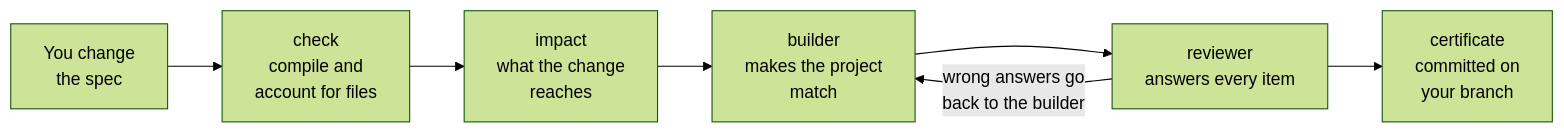
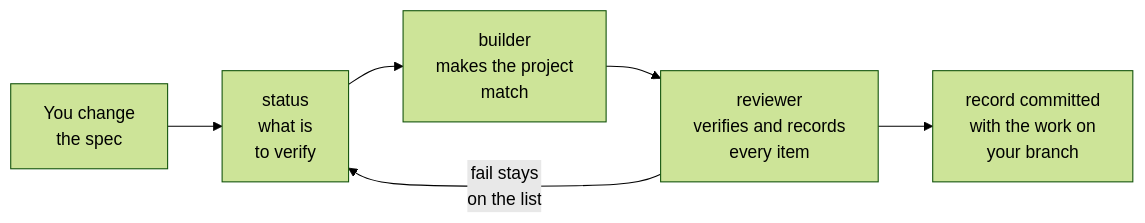
One commit to Glacius-Labs/Markitect changed the diagram in README.md. Above: the diagram before and after it, drawn with Mermaid (forest theme). The commit also changed other lines of this file and 40 other files, not shown here.

First line of the commit message:
feat: mark records a verdict; docs describe the record (DEC-099)

````diff
--- a/README.md
+++ b/README.md
@@ -52,9 +52,8 @@
 ```mermaid
 flowchart LR
-    Spec["You change<br/>the spec"] --> Check["check<br/>compile and<br/>account for files"]
-    Check --> Impact["impact<br/>what the change<br/>reaches"]
-    Impact --> Build["builder<br/>makes the project<br/>match"]
-    Build --> Review["reviewer<br/>answers every item"]
-    Review -->|"wrong answers go<br/>back to the builder"| Build
-    Review --> Land["certificate<br/>committed on<br/>your branch"]
+    Spec["You change<br/>the spec"] --> Status["status<br/>what is<br/>to verify"]
+    Status --> Build["builder<br/>makes the project<br/>match"]
+    Build --> Review["reviewer<br/>verifies and records<br/>every item"]
+    Review -->|"fail stays<br/>on the list"| Status
+    Review --> Land["record committed<br/>with the work on<br/>your branch"]
 ```
````
